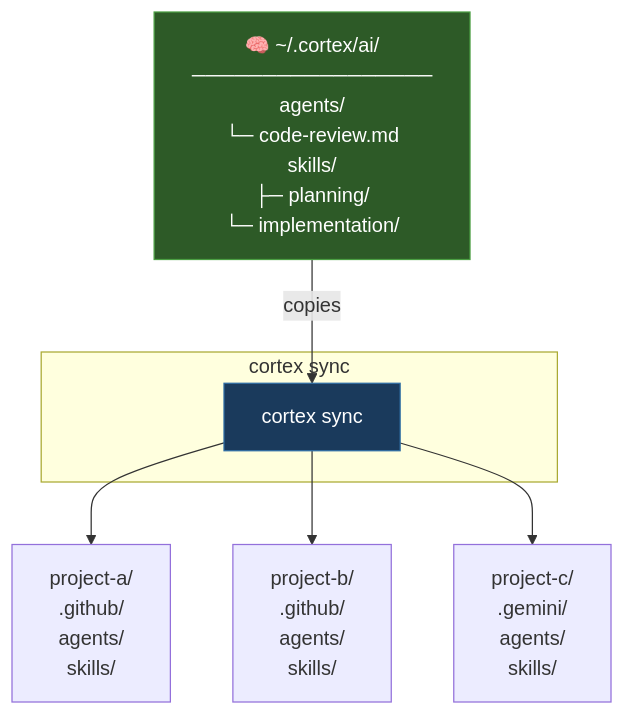
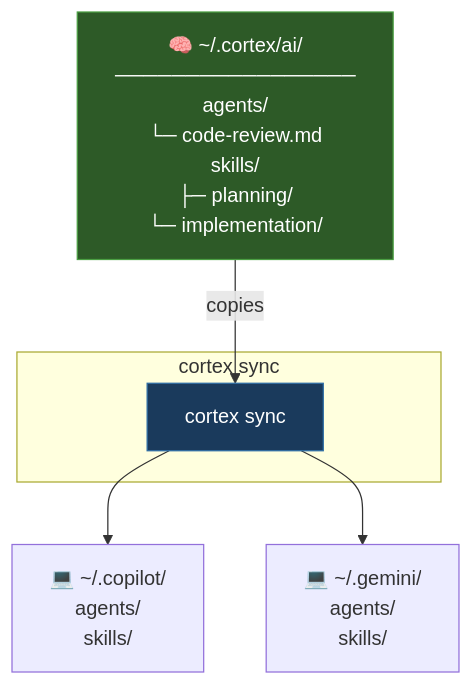
The diagram in README.md (IgnacioCastro0713/cortex), drawn with Mermaid before and after one commit. The commit also changed other lines of this file and 18 other files, not shown here.

````diff
--- a/README.md
+++ b/README.md
@@ -105,34 +104,27 @@
 ```mermaid
 graph TB
     Source["🧠 ~/.cortex/ai/
     ─────────────────
     agents/
       └─ code-review.md
     skills/
       ├─ planning/
       └─ implementation/"]
 
     subgraph cortex sync
         CMD["cortex sync"]
     end
 
     Source -->|copies| CMD
 
-    CMD --> PA["project-a/
-    .github/
+    CMD --> PA["💻 ~/.copilot/
       agents/
       skills/"]
 
-    CMD --> PB["project-b/
-    .github/
-      agents/
-      skills/"]
-
-    CMD --> PC["project-c/
-    .gemini/
+    CMD --> PB["💻 ~/.gemini/
       agents/
       skills/"]
 
     style Source fill:#2d5a27,color:#fff,stroke:#4a9e42
     style CMD fill:#1a3a5c,color:#fff,stroke:#2e6da4
 ```
````
